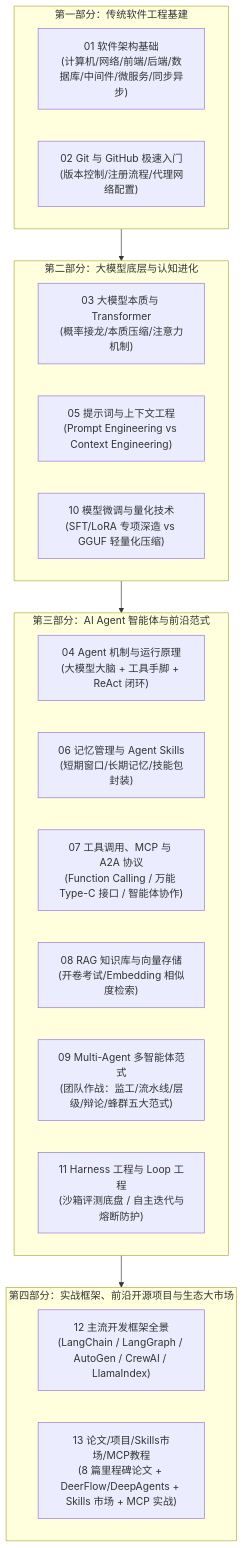
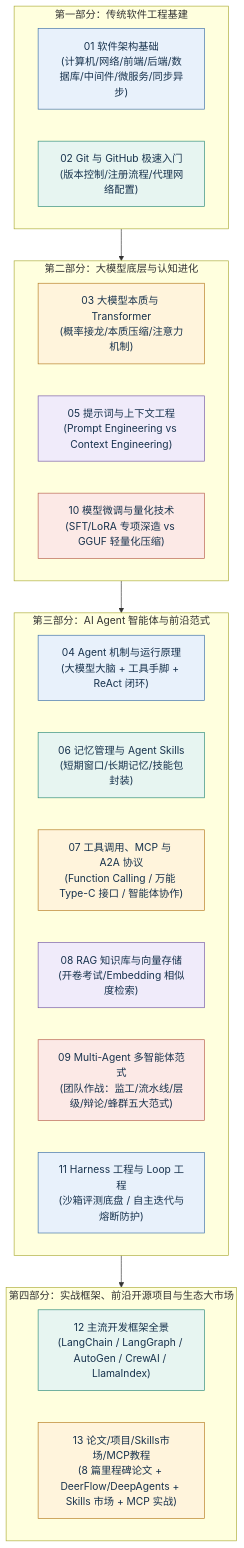
Before and after one commit to buffer121328/vibe-coding-and-agents: the diagram in 02_概念扫盲/img/diagrams/overview-diagram-01.mmd, drawn with Mermaid. The commit also changed 168 other files, not shown here.

```diff
--- a/02_概念扫盲/img/diagrams/overview-diagram-01.mmd
+++ b/02_概念扫盲/img/diagrams/overview-diagram-01.mmd
@@ -1,29 +1,44 @@
 graph TD
     subgraph Part1 ["第一部分：传统软件工程基建"]
         A1["01 软件架构基础\n(计算机/网络/前端/后端/数据库/中间件/微服务/同步异步)"]
         A2["02 Git 与 GitHub 极速入门\n(版本控制/注册流程/代理网络配置)"]
     end
 
     subgraph Part2 ["第二部分：大模型底层与认知进化"]
         B1["03 大模型本质与 Transformer\n(概率接龙/本质压缩/注意力机制)"]
         B2["05 提示词与上下文工程\n(Prompt Engineering vs Context Engineering)"]
         B3["10 模型微调与量化技术\n(SFT/LoRA 专项深造 vs GGUF 轻量化压缩)"]
     end
 
     subgraph Part3 ["第三部分：AI Agent 智能体与前沿范式"]
         C1["04 Agent 机制与运行原理\n(大模型大脑 + 工具手脚 + ReAct 闭环)"]
         C2["06 记忆管理与 Agent Skills\n(短期窗口/长期记忆/技能包封装)"]
         C3["07 工具调用、MCP 与 A2A 协议\n(Function Calling / 万能 Type-C 接口 / 智能体协作)"]
         C4["08 RAG 知识库与向量存储\n(开卷考试/Embedding 相似度检索)"]
         C5["09 Multi-Agent 多智能体范式\n(团队作战：监工/流水线/层级/辩论/蜂群五大范式)"]
         C6["11 Harness 工程与 Loop 工程\n(沙箱评测底盘 / 自主迭代与熔断防护)"]
     end
 
     subgraph Part4 ["第四部分：实战框架、前沿开源项目与生态大市场"]
         D1["12 主流开发框架全景\n(LangChain / LangGraph / AutoGen / CrewAI / LlamaIndex)"]
         D2["13 论文/项目/Skills市场/MCP教程\n(8 篇里程碑论文 + DeerFlow/DeepAgents + Skills 市场 + MCP 实战)"]
     end
 
     Part1 --> Part2
     Part2 --> Part3
     Part3 --> Part4
+
+%% Academic palette: restrained blue, teal, gold, violet, and coral accents.
+style A1 fill:#E8F1FB,stroke:#3A6EA5,color:#17324D
+style A2 fill:#E7F5F1,stroke:#2B8A78,color:#17324D
+style B1 fill:#FFF4DC,stroke:#B47A1F,color:#17324D
+style B2 fill:#F0EBFA,stroke:#7357A6,color:#17324D
+style B3 fill:#FCE9E6,stroke:#B65C4A,color:#17324D
+style C1 fill:#E8F1FB,stroke:#3A6EA5,color:#17324D
+style C2 fill:#E7F5F1,stroke:#2B8A78,color:#17324D
+style C3 fill:#FFF4DC,stroke:#B47A1F,color:#17324D
+style C4 fill:#F0EBFA,stroke:#7357A6,color:#17324D
+style C5 fill:#FCE9E6,stroke:#B65C4A,color:#17324D
+style C6 fill:#E8F1FB,stroke:#3A6EA5,color:#17324D
+style D1 fill:#E7F5F1,stroke:#2B8A78,color:#17324D
+style D2 fill:#FFF4DC,stroke:#B47A1F,color:#17324D
```
